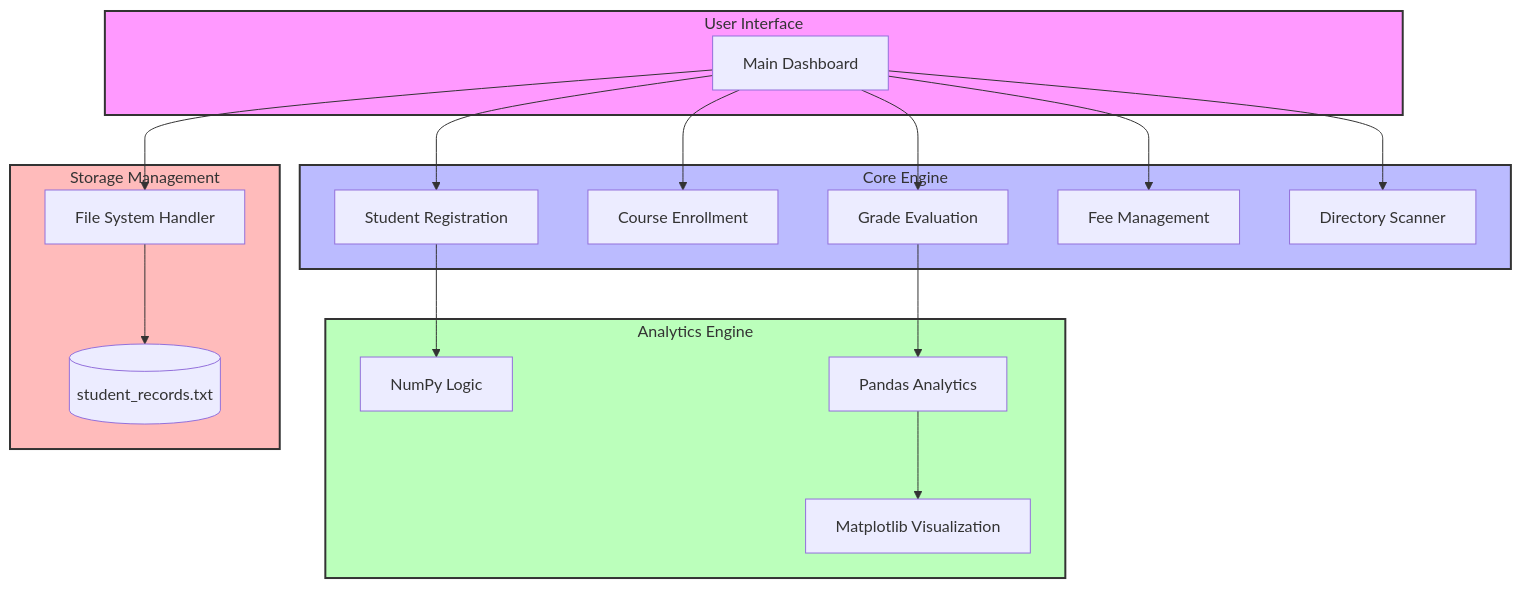
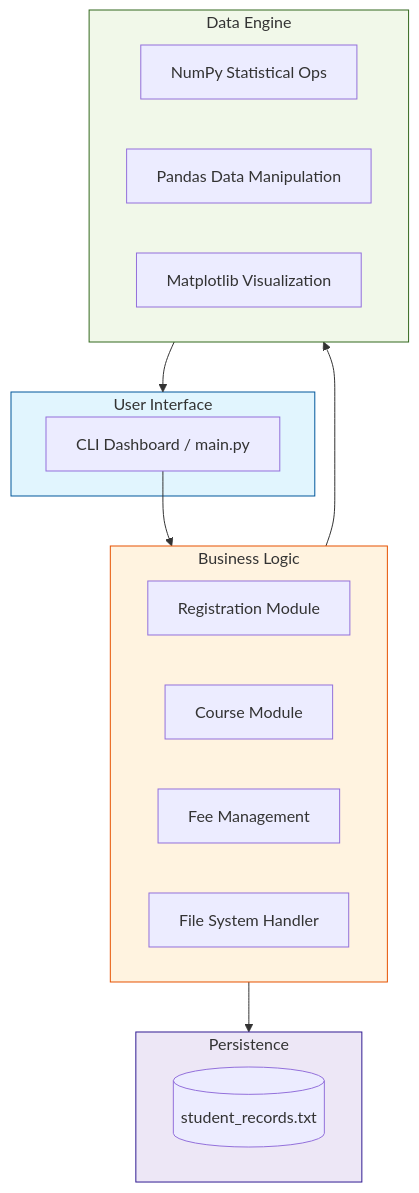
Before and after one commit to subhamsje/SMART-CAMPUS-INFORMATION-SYSTEM: the first of 2 diagrams in README.md, drawn with Mermaid. The commit also changed other lines of this file, not shown here.

````diff
--- a/README.md
+++ b/README.md
@@ -35,30 +47,33 @@
 ```mermaid
 graph TD
-    subgraph Client_Layer [User Interface]
-        UI[Main Dashboard]
+    subgraph UI_Layer [User Interface]
+        Main[CLI Dashboard / main.py]
     end
 
-    subgraph Logic_Layer [Core Engine]
-        UI --> Reg[Student Registration]
-        UI --> Enr[Course Enrollment]
-        UI --> Eval[Grade Evaluation]
-        UI --> Fee[Fee Management]
-        UI --> Scan[Directory Scanner]
+    subgraph Service_Layer [Business Logic]
+        Reg[Registration Module]
+        Enroll[Course Module]
+        Fin[Fee Management]
+        FileSys[File System Handler]
     end
 
-    subgraph Data_Science_Stack [Analytics Engine]
-        Reg --> NP[NumPy Logic]
-        Eval --> PD[Pandas Analytics]
-        PD --> PLT[Matplotlib Visualization]
+    subgraph Analytics_Layer [Data Engine]
+        NP[NumPy Statistical Ops]
+        PD[Pandas Data Manipulation]
+        PLT[Matplotlib Visualization]
     end
 
-    subgraph Persistence_Layer [Storage Management]
-        UI --> FS[File System Handler]
-        FS --> TXT[(student_records.txt)]
+    subgraph Data_Layer [Persistence]
+        Store[(student_records.txt)]
     end
 
-    style Client_Layer fill:#f9f,stroke:#333,stroke-width:2px
-    style Logic_Layer fill:#bbf,stroke:#333,stroke-width:2px
-    style Data_Science_Stack fill:#bfb,stroke:#333,stroke-width:2px
-    style Persistence_Layer fill:#fbb,stroke:#333,stroke-width:2px
+    Main --> Service_Layer
+    Service_Layer --> Analytics_Layer
+    Service_Layer --> Data_Layer
+    Analytics_Layer --> UI_Layer
+
+    style UI_Layer fill:#e1f5fe,stroke:#01579b
+    style Service_Layer fill:#fff3e0,stroke:#e65100
+    style Analytics_Layer fill:#f1f8e9,stroke:#33691e
+    style Data_Layer fill:#ede7f6,stroke:#311b92
 ```
````
